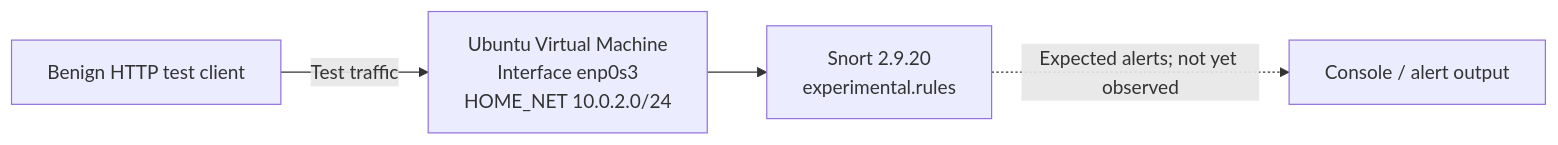
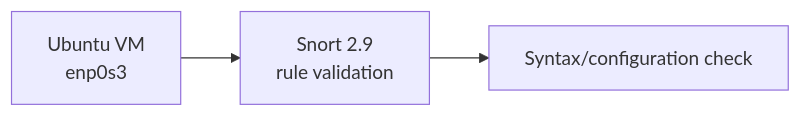
Before and after one commit to eronivaka-svg/snort-ids-lab: the diagram in README.md, drawn with Mermaid. The commit also changed other lines of this file, not shown here.

````diff
--- a/README.md
+++ b/README.md
@@ -12,6 +11,5 @@
 ```mermaid
 flowchart LR
-    G["Benign HTTP test client"] -->|"Test traffic"| V["Ubuntu Virtual Machine\nInterface enp0s3\nHOME_NET 10.0.2.0/24"]
-    V --> S["Snort 2.9.20\nexperimental.rules"]
-    S -. "Expected alerts; not yet observed" .-> A["Console / alert output"]
+    VM["Ubuntu VM<br/>enp0s3"] --> SN["Snort 2.9<br/>rule validation"]
+    SN --> R["Syntax/configuration check"]
 ```
````
